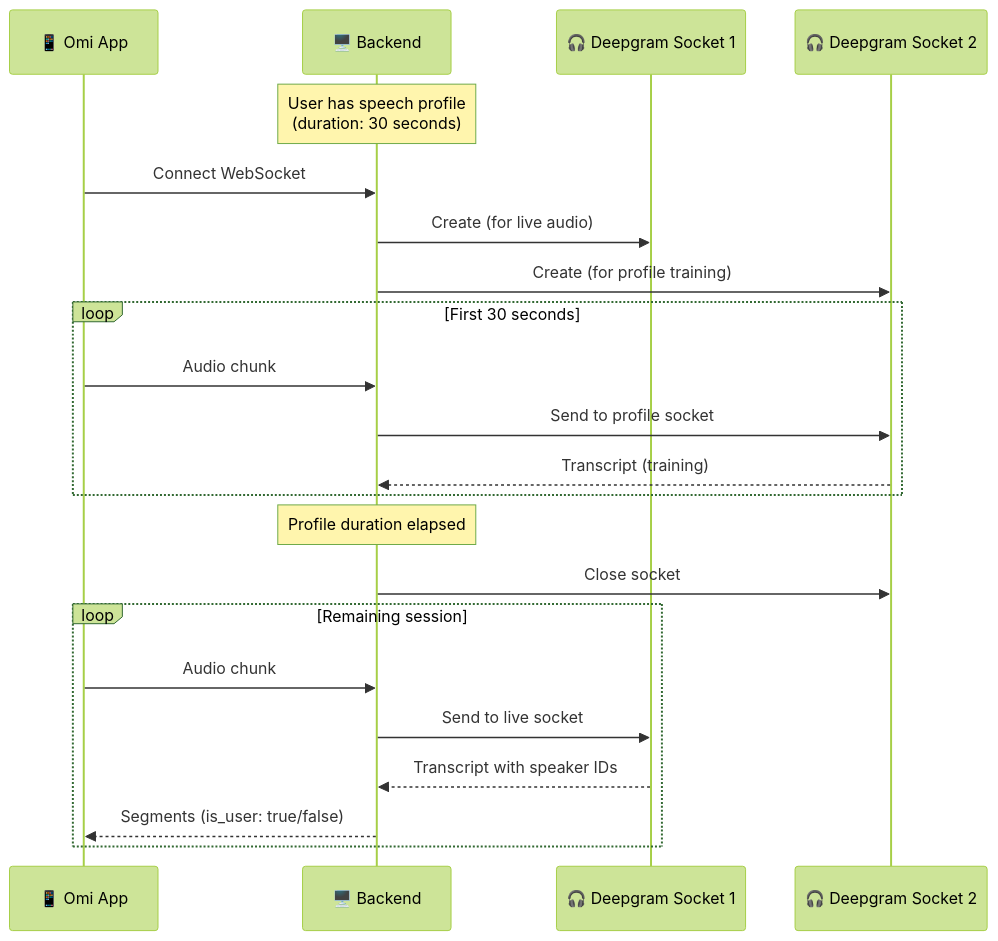
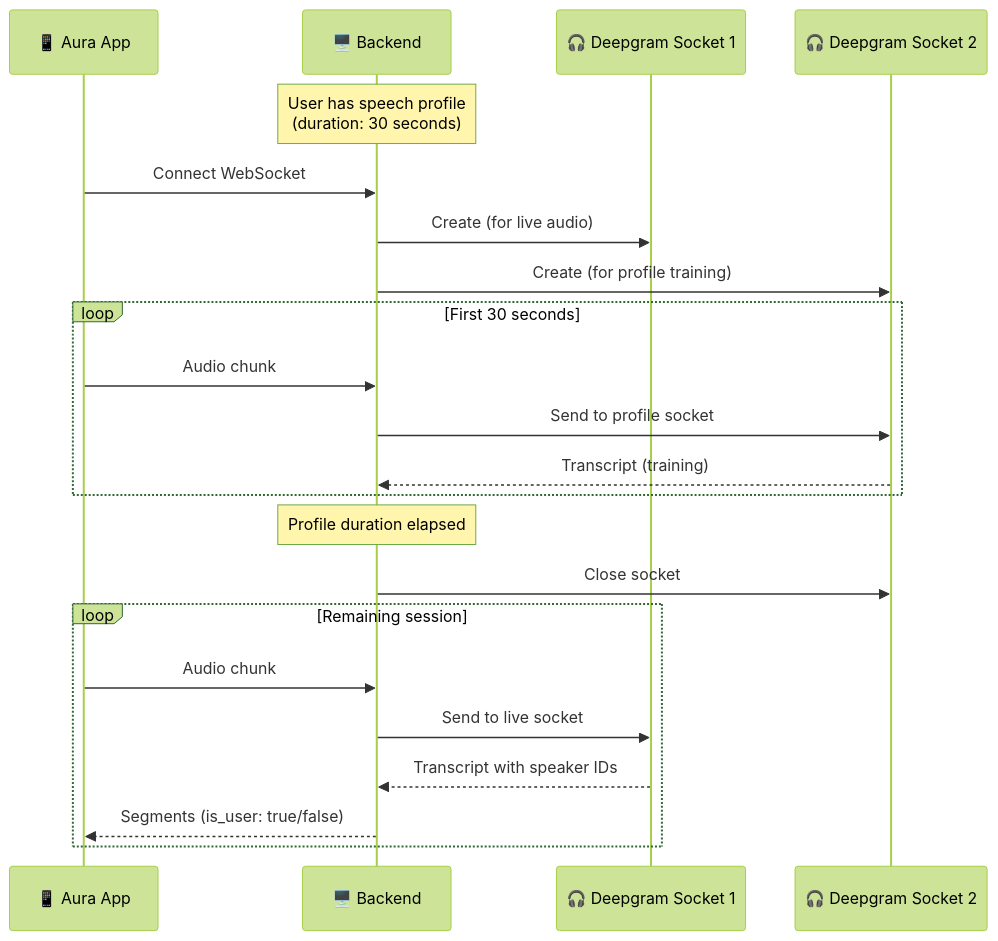
One commit to thesohamdatta/Aura-Wearable-AI changed the fourth of 5 diagrams in docs/doc/developer/backend/transcription.mdx. Above: the diagram before and after it, drawn with Mermaid (forest theme). The commit also changed other lines of this file and 161 other files, not shown here.

Commit message:
chore: sanitize Omi branding to Aura across repository

````diff
--- a/docs/doc/developer/backend/transcription.mdx
+++ b/docs/doc/developer/backend/transcription.mdx
@@ -271,29 +271,29 @@
 ```mermaid
 sequenceDiagram
-    participant App as 📱 Omi App
+    participant App as 📱 Aura App
     participant Backend as 🖥️ Backend
     participant Socket1 as 🎧 Deepgram Socket 1
     participant Socket2 as 🎧 Deepgram Socket 2
 
     Note over Backend: User has speech profile<br/>(duration: 30 seconds)
 
     App->>Backend: Connect WebSocket
     Backend->>Socket1: Create (for live audio)
     Backend->>Socket2: Create (for profile training)
 
     loop First 30 seconds
         App->>Backend: Audio chunk
         Backend->>Socket2: Send to profile socket
         Socket2-->>Backend: Transcript (training)
     end
 
     Note over Backend: Profile duration elapsed
     Backend->>Socket2: Close socket
 
     loop Remaining session
         App->>Backend: Audio chunk
         Backend->>Socket1: Send to live socket
         Socket1-->>Backend: Transcript with speaker IDs
         Backend-->>App: Segments (is_user: true/false)
     end
 ```
````
